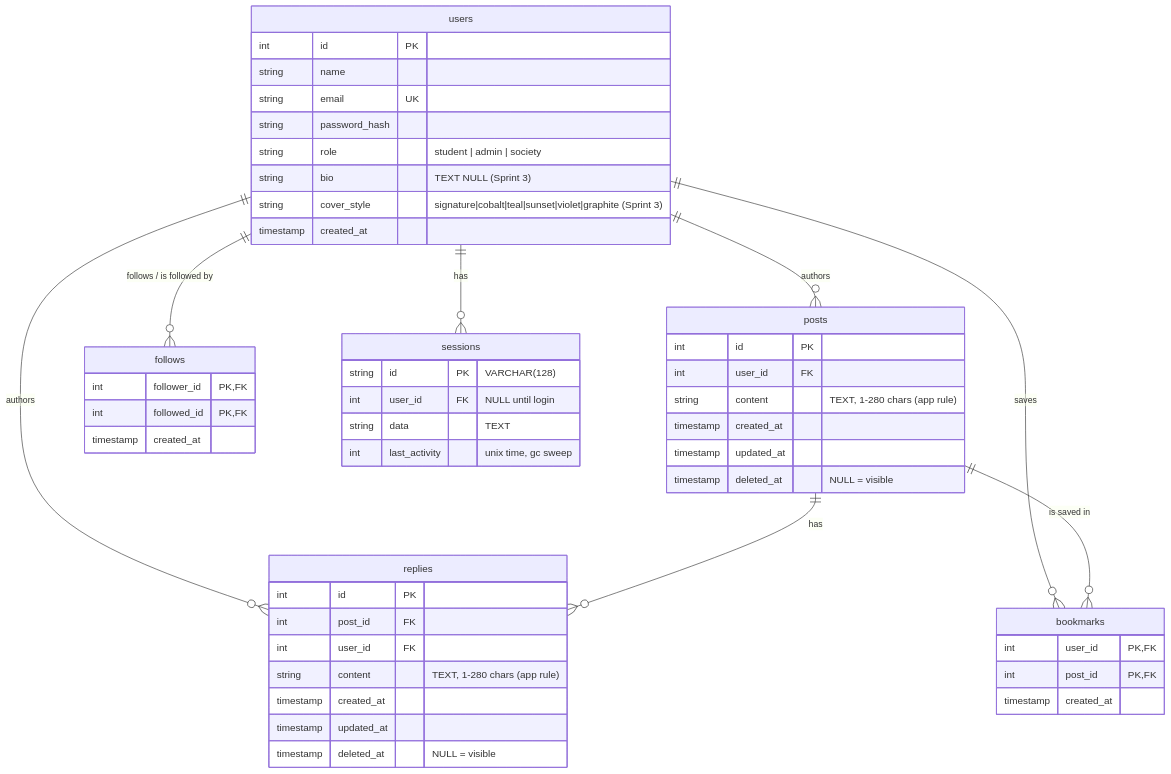
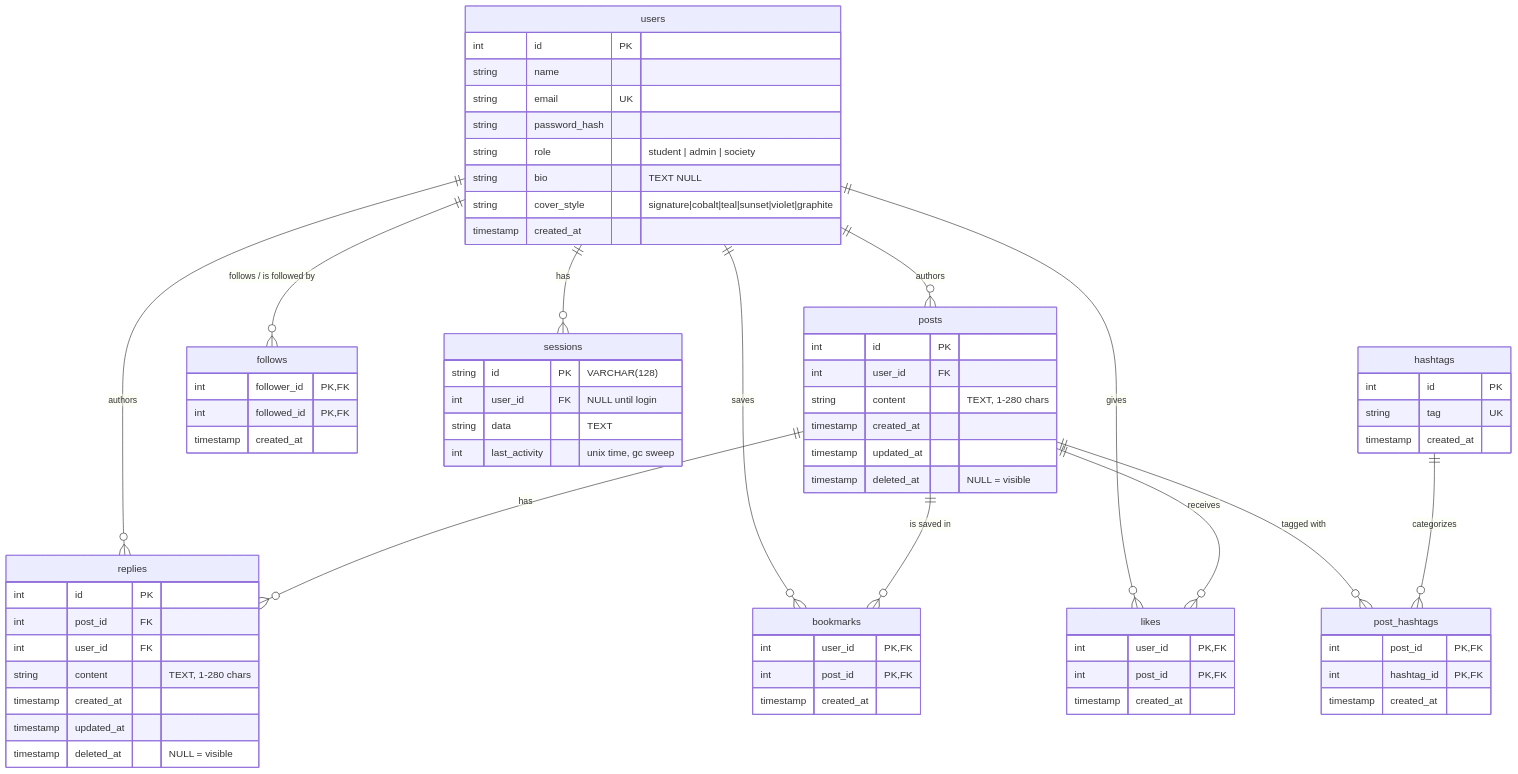
Before and after one commit to muddassir1935/ASPM-PROJECT-: the second of 2 diagrams in docs/uml-class-diagram-erd.md, drawn with Mermaid. The commit also changed other lines of this file and 5 other files, not shown here.

Commit message:
docs(sprint-4): UML/ERD increment, review/retro notes, benchmark script, and UI polish (WBS 4.1-4.5)

````diff
--- a/docs/uml-class-diagram-erd.md
+++ b/docs/uml-class-diagram-erd.md
@@ -153,53 +148,72 @@
 ```mermaid
 erDiagram
     users ||--o{ posts : "authors"
     users ||--o{ follows : "follows / is followed by"
     users ||--o{ replies : "authors"
     users ||--o{ bookmarks : "saves"
+    users ||--o{ likes : "gives"
     users ||--o{ sessions : "has"
     posts ||--o{ replies : "has"
     posts ||--o{ bookmarks : "is saved in"
+    posts ||--o{ likes : "receives"
+    posts ||--o{ post_hashtags : "tagged with"
+    hashtags ||--o{ post_hashtags : "categorizes"
     users {
         int id PK
         string name
         string email UK
         string password_hash
         string role "student | admin | society"
-        string bio "TEXT NULL (Sprint 3)"
-        string cover_style "signature|cobalt|teal|sunset|violet|graphite (Sprint 3)"
+        string bio "TEXT NULL"
+        string cover_style "signature|cobalt|teal|sunset|violet|graphite"
         timestamp created_at
     }
     posts {
         int id PK
         int user_id FK
-        string content "TEXT, 1-280 chars (app rule)"
+        string content "TEXT, 1-280 chars"
         timestamp created_at
         timestamp updated_at
         timestamp deleted_at "NULL = visible"
     }
     follows {
         int follower_id PK,FK
         int followed_id PK,FK
         timestamp created_at
     }
     replies {
         int id PK
         int post_id FK
         int user_id FK
-        string content "TEXT, 1-280 chars (app rule)"
+        string content "TEXT, 1-280 chars"
         timestamp created_at
         timestamp updated_at
         timestamp deleted_at "NULL = visible"
     }
     bookmarks {
         int user_id PK,FK
         int post_id PK,FK
         timestamp created_at
     }
+    likes {
+        int user_id PK,FK
+        int post_id PK,FK
+        timestamp created_at
+    }
+    hashtags {
+        int id PK
+        string tag UK
+        timestamp created_at
+    }
+    post_hashtags {
+        int post_id PK,FK
+        int hashtag_id PK,FK
+        timestamp created_at
+    }
     sessions {
         string id PK "VARCHAR(128)"
         int user_id FK "NULL until login"
         string data "TEXT"
         int last_activity "unix time, gc sweep"
     }
 ```
````
